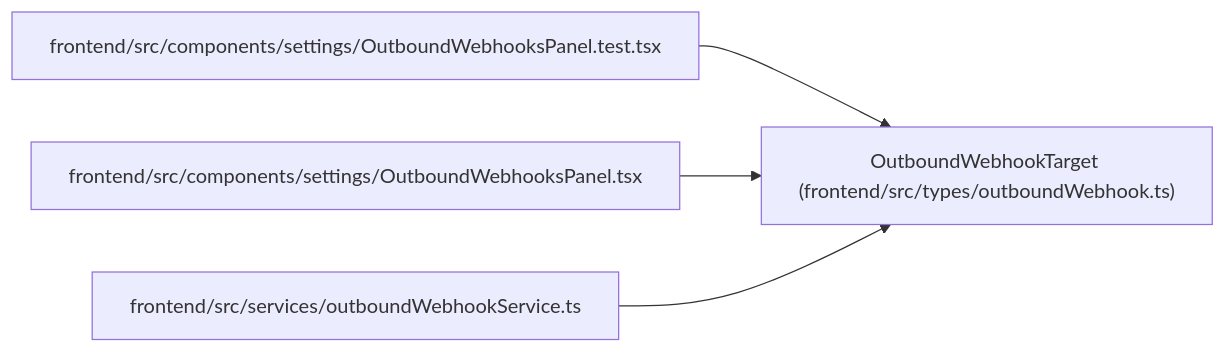
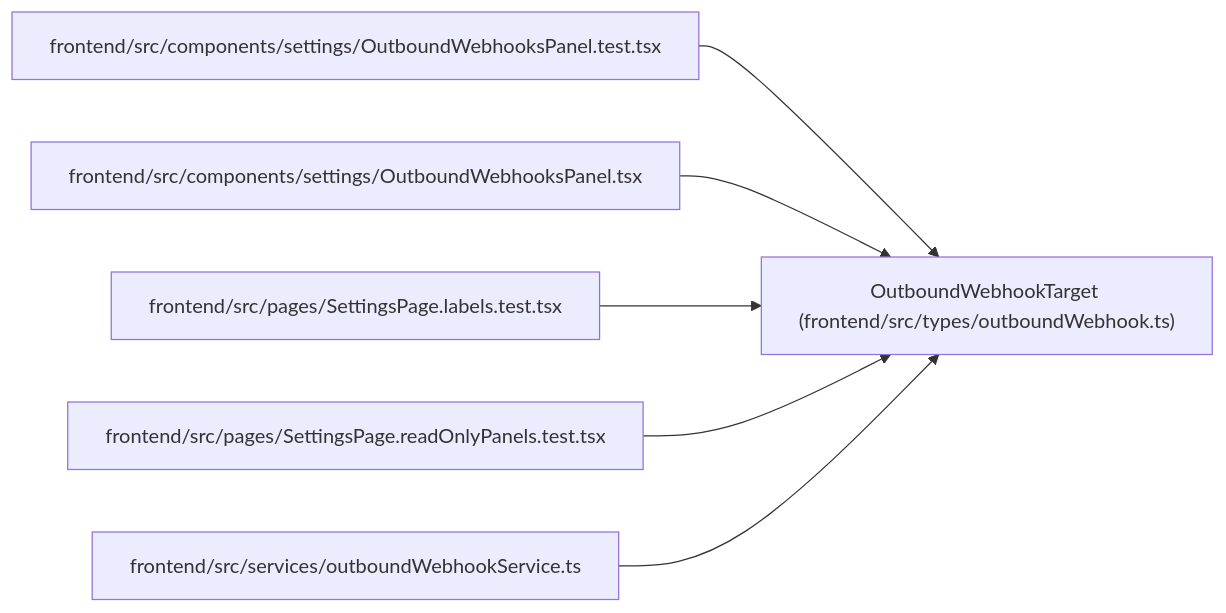
The diagram in docs/llm_wiki/entities/outboundWebhook_OutboundWebhookTarget.md (Denissvgn/WorkChord), drawn with Mermaid before and after one commit. The commit also changed other lines of this file and 2373 other files, not shown here.

````diff
--- a/docs/llm_wiki/entities/outboundWebhook_OutboundWebhookTarget.md
+++ b/docs/llm_wiki/entities/outboundWebhook_OutboundWebhookTarget.md
@@ -35,14 +35,20 @@
 ```mermaid
 flowchart LR
     n0["OutboundWebhookTarget (frontend/src/types/outboundWebhook.ts)"]
     n1["frontend/src/components/settings/OutboundWebhooksPanel.test.tsx"]
     n2["frontend/src/components/settings/OutboundWebhooksPanel.tsx"]
-    n3["frontend/src/services/outboundWebhookService.ts"]
+    n3["frontend/src/pages/SettingsPage.labels.test.tsx"]
+    n4["frontend/src/pages/SettingsPage.readOnlyPanels.test.tsx"]
+    n5["frontend/src/services/outboundWebhookService.ts"]
     n1 --> n0
     n2 --> n0
     n3 --> n0
+    n4 --> n0
+    n5 --> n0
     click n0 "../modules/outboundWebhook.md"
     click n1 "../modules/OutboundWebhooksPanel.test.md"
     click n2 "../modules/OutboundWebhooksPanel.md"
-    click n3 "../modules/outboundWebhookService.md"
+    click n3 "../modules/SettingsPage.labels.test.md"
+    click n4 "../modules/SettingsPage.readOnlyPanels.test.md"
+    click n5 "../modules/outboundWebhookService.md"
 ```
````
